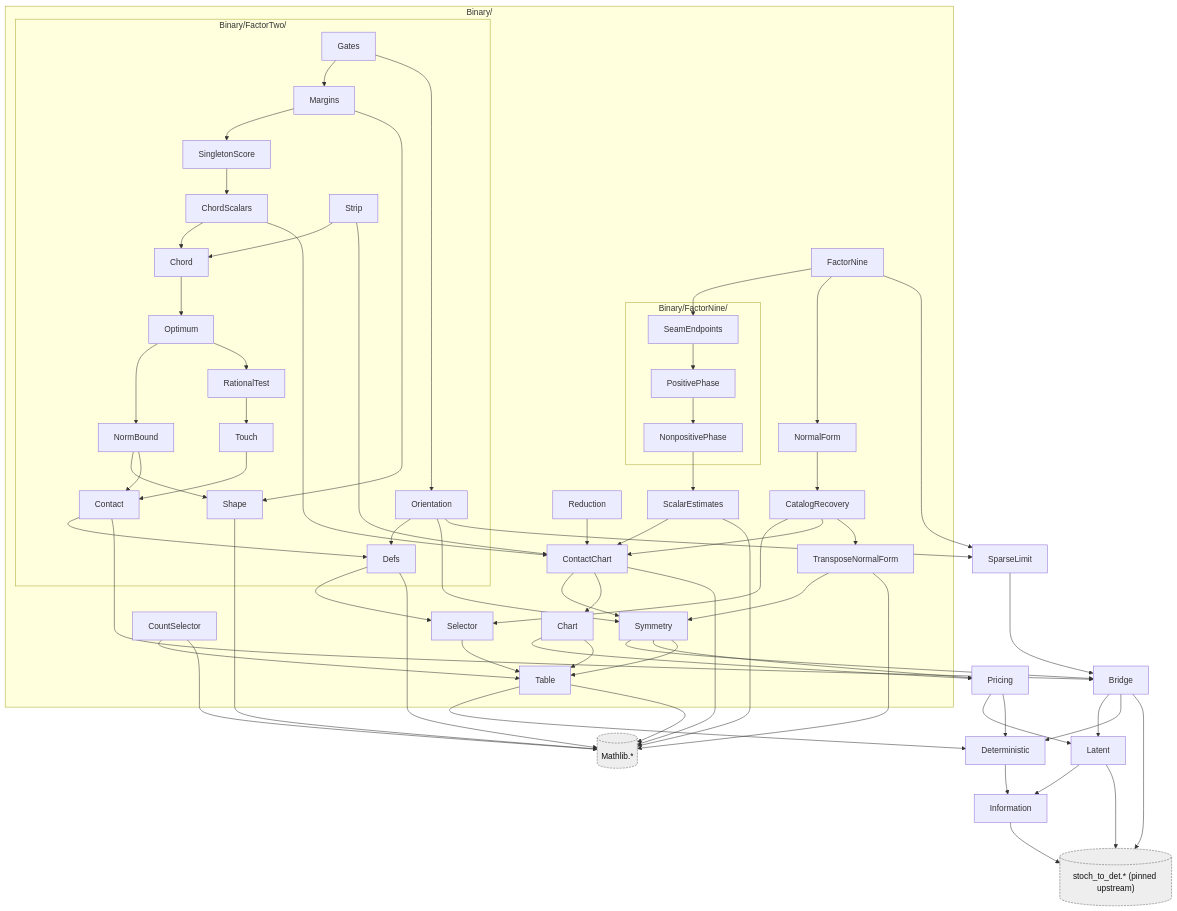
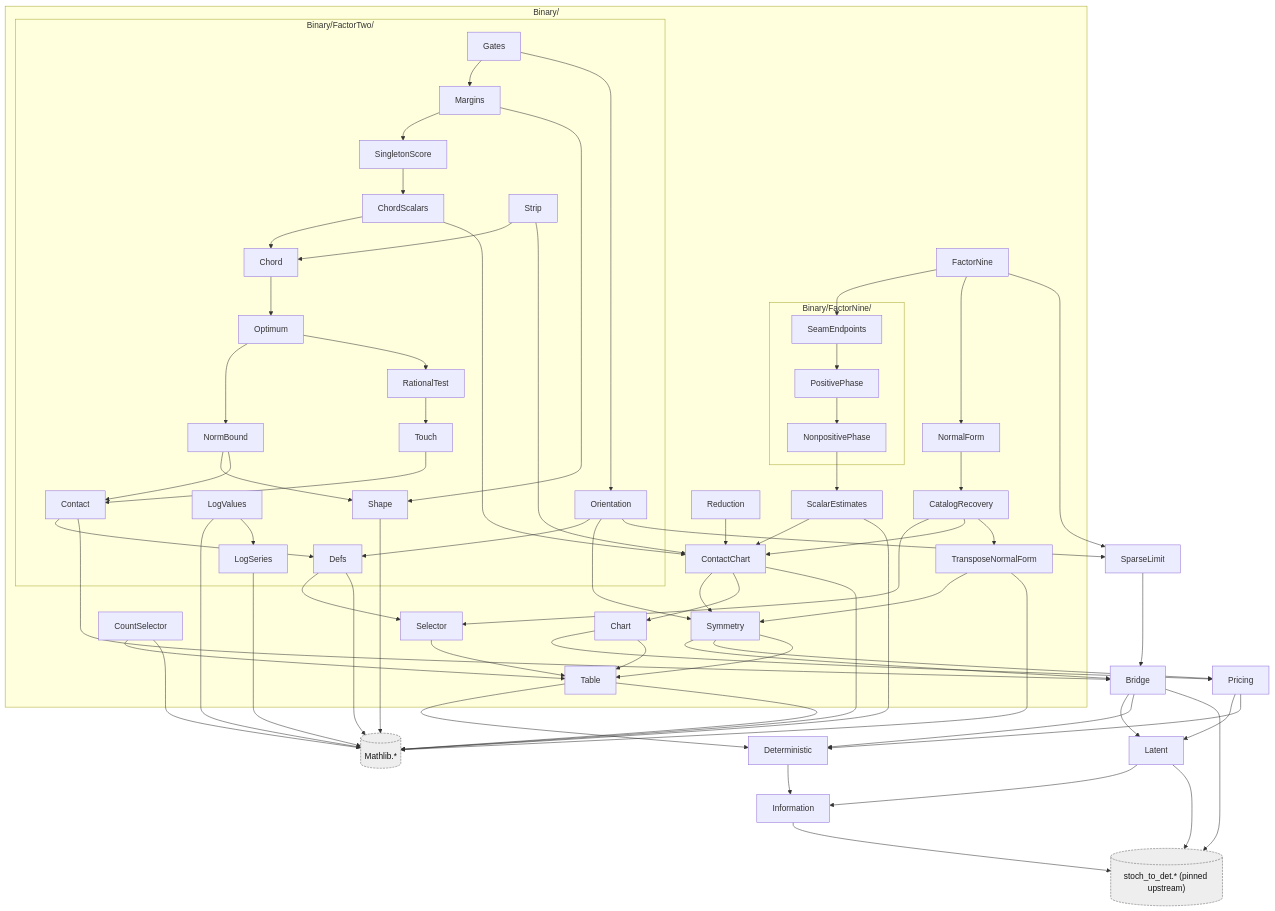
One commit to AlexisOlson/stochastic-to-deterministic-latents changed the diagram in docs/lean-contracts.md. Above: the diagram before and after it, drawn with Mermaid. The commit also changed other lines of this file and 7 other files, not shown here.

```diff
--- a/docs/lean-contracts.md
+++ b/docs/lean-contracts.md
@@ -557,6 +558,8 @@
       Binary_FactorTwo_Contact["Contact"]
       Binary_FactorTwo_Defs["Defs"]
       Binary_FactorTwo_Gates["Gates"]
+      Binary_FactorTwo_LogSeries["LogSeries"]
+      Binary_FactorTwo_LogValues["LogValues"]
       Binary_FactorTwo_Margins["Margins"]
       Binary_FactorTwo_NormBound["NormBound"]
       Binary_FactorTwo_Optimum["Optimum"]
@@ -595,6 +598,9 @@
   Binary_FactorTwo_Defs --> MATHLIB
   Binary_FactorTwo_Gates --> Binary_FactorTwo_Margins
   Binary_FactorTwo_Gates --> Binary_FactorTwo_Orientation
+  Binary_FactorTwo_LogSeries --> MATHLIB
+  Binary_FactorTwo_LogValues --> MATHLIB
+  Binary_FactorTwo_LogValues --> Binary_FactorTwo_LogSeries
   Binary_FactorTwo_Margins --> Binary_FactorTwo_SingletonScore
   Binary_FactorTwo_Margins --> Binary_FactorTwo_Shape
   Binary_FactorTwo_NormBound --> Binary_FactorTwo_Shape
```
